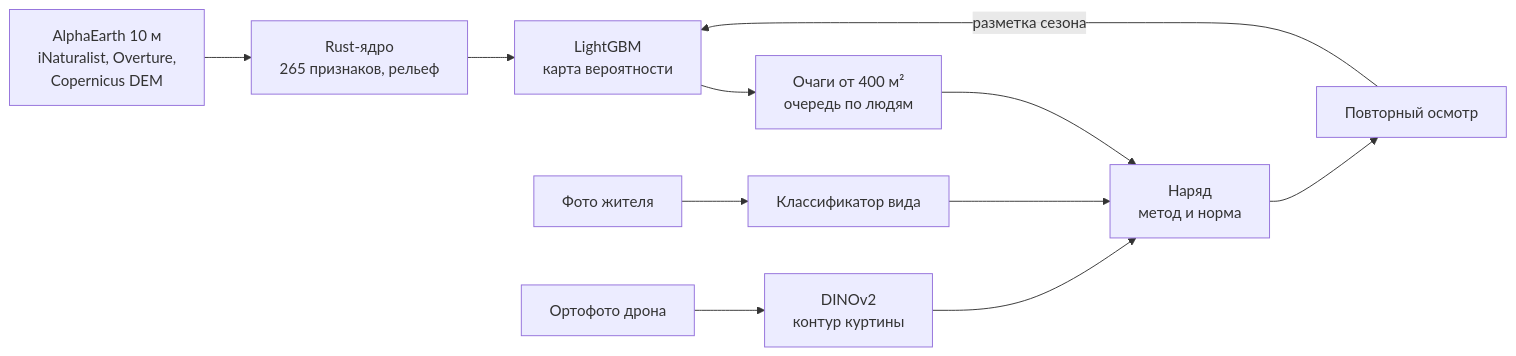
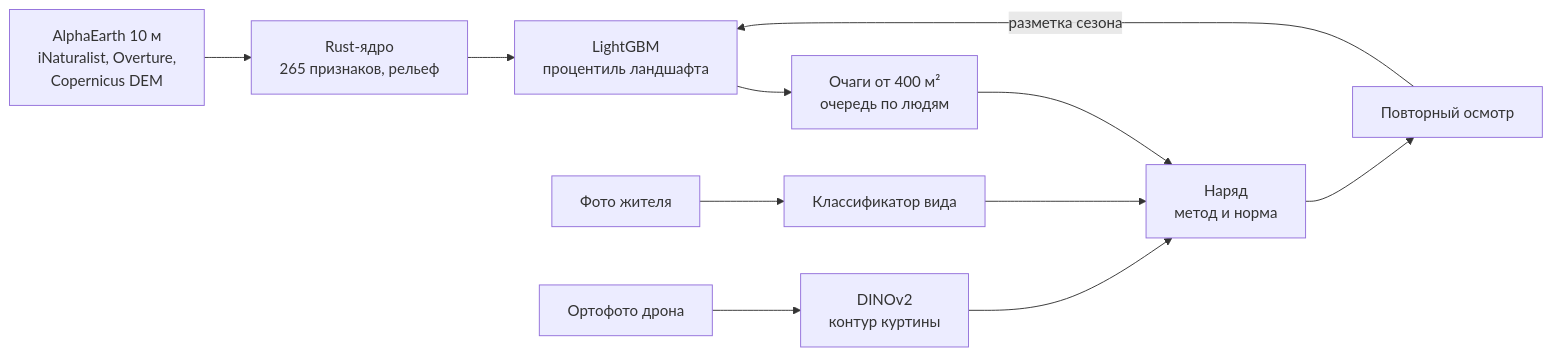
One commit to KonkovDV/InvaRadar changed the diagram in README.md. Above: the diagram before and after it, drawn with Mermaid. The commit also changed other lines of this file and 25 other files, not shown here.

````diff
--- a/README.md
+++ b/README.md
@@ -106,10 +104,10 @@
 ```mermaid
 flowchart LR
   D["AlphaEarth 10 м<br/>iNaturalist, Overture,<br/>Copernicus DEM"] --> R["Rust-ядро<br/>265 признаков, рельеф"]
-  R --> M["LightGBM<br/>карта вероятности"]
+  R --> M["LightGBM<br/>процентиль ландшафта"]
   M --> H["Очаги от 400 м²<br/>очередь по людям"]
   H --> W["Наряд<br/>метод и норма"]
   P["Фото жителя"] --> V["Классификатор вида"] --> W
   U["Ортофото дрона"] --> S["DINOv2<br/>контур куртины"] --> W
   W --> C["Повторный осмотр"] -->|"разметка сезона"| M
 ```
````
